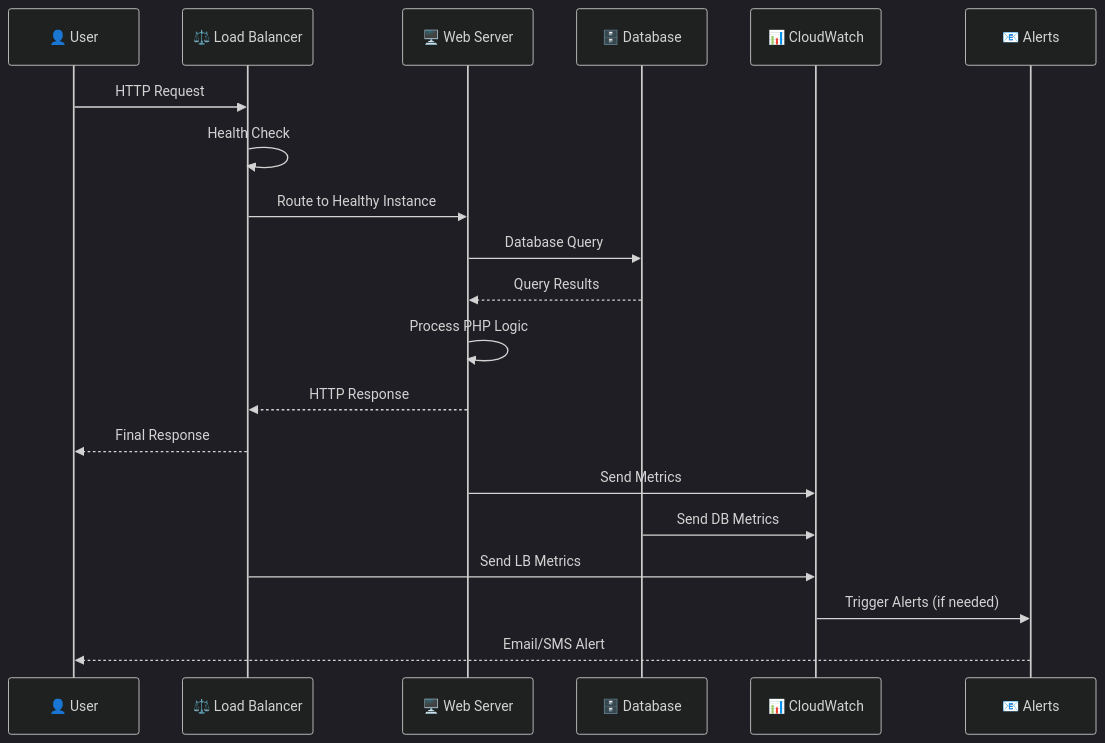
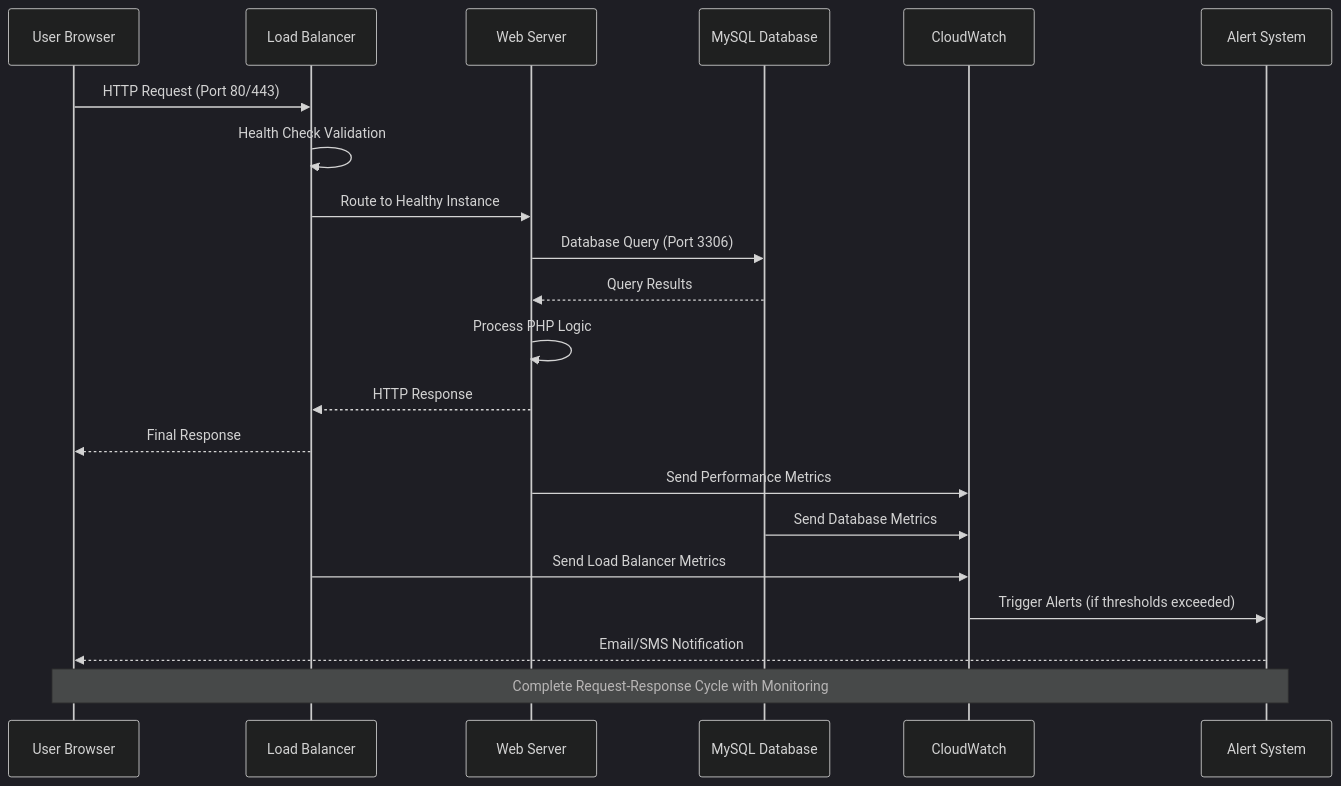
The third of 7 diagrams in README.md (mangucletus/proxy-lamp-stack-application), drawn with Mermaid (dark theme) before and after one commit. The commit also changed other lines of this file and 1 other file, not shown here.

````diff
--- a/README.md
+++ b/README.md
@@ -174,24 +186,26 @@
 ```mermaid
 sequenceDiagram
-    participant User as 👤 User
-    participant ALB as ⚖️ Load Balancer
-    participant EC2 as 🖥️ Web Server
-    participant RDS as 🗄️ Database
-    participant CW as 📊 CloudWatch
-    participant SNS as 📧 Alerts
+    participant User as User Browser
+    participant ALB as Load Balancer
+    participant EC2 as Web Server
+    participant RDS as MySQL Database
+    participant CW as CloudWatch
+    participant SNS as Alert System
 
-    User->>ALB: HTTP Request
-    ALB->>ALB: Health Check
+    User->>ALB: HTTP Request (Port 80/443)
+    ALB->>ALB: Health Check Validation
     ALB->>EC2: Route to Healthy Instance
-    EC2->>RDS: Database Query
+    EC2->>RDS: Database Query (Port 3306)
     RDS-->>EC2: Query Results
     EC2->>EC2: Process PHP Logic
     EC2-->>ALB: HTTP Response
     ALB-->>User: Final Response
     
-    EC2->>CW: Send Metrics
-    RDS->>CW: Send DB Metrics
-    ALB->>CW: Send LB Metrics
-    CW->>SNS: Trigger Alerts (if needed)
-    SNS-->>User: Email/SMS Alert
+    EC2->>CW: Send Performance Metrics
+    RDS->>CW: Send Database Metrics
+    ALB->>CW: Send Load Balancer Metrics
+    CW->>SNS: Trigger Alerts (if thresholds exceeded)
+    SNS-->>User: Email/SMS Notification
+    
+    Note over User,SNS: Complete Request-Response Cycle with Monitoring
 ```
````
